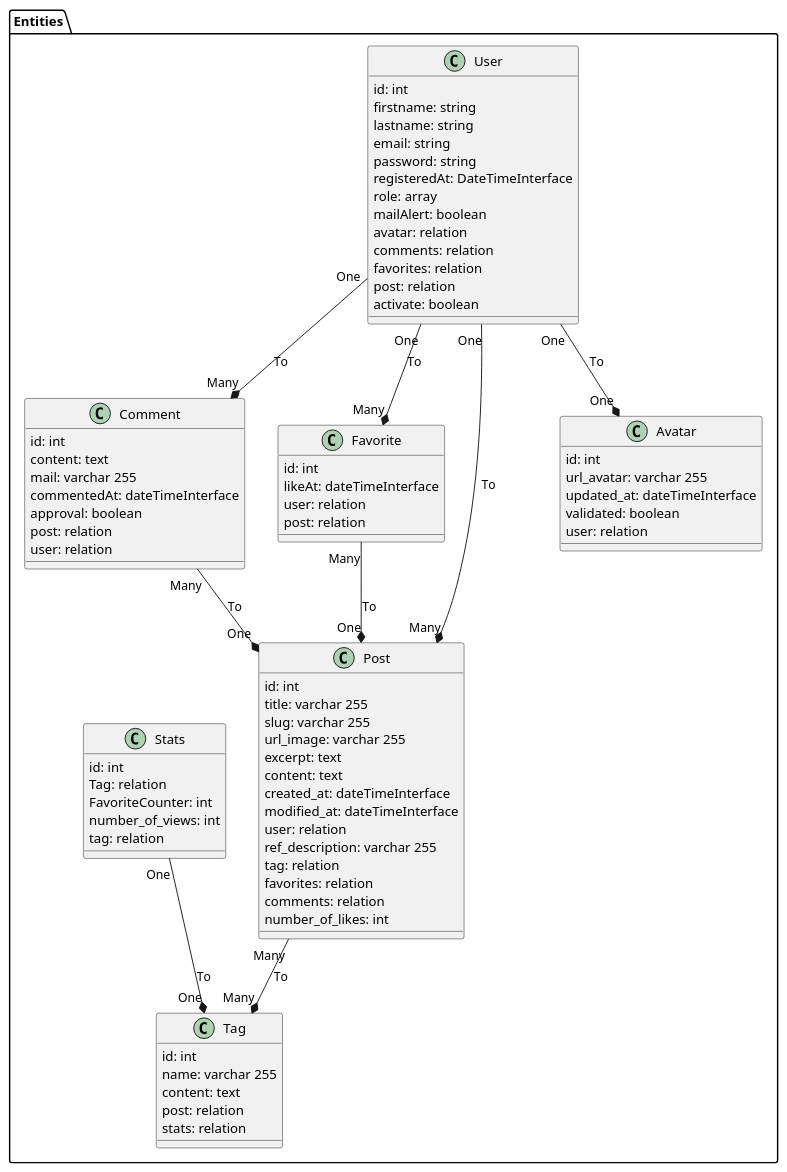
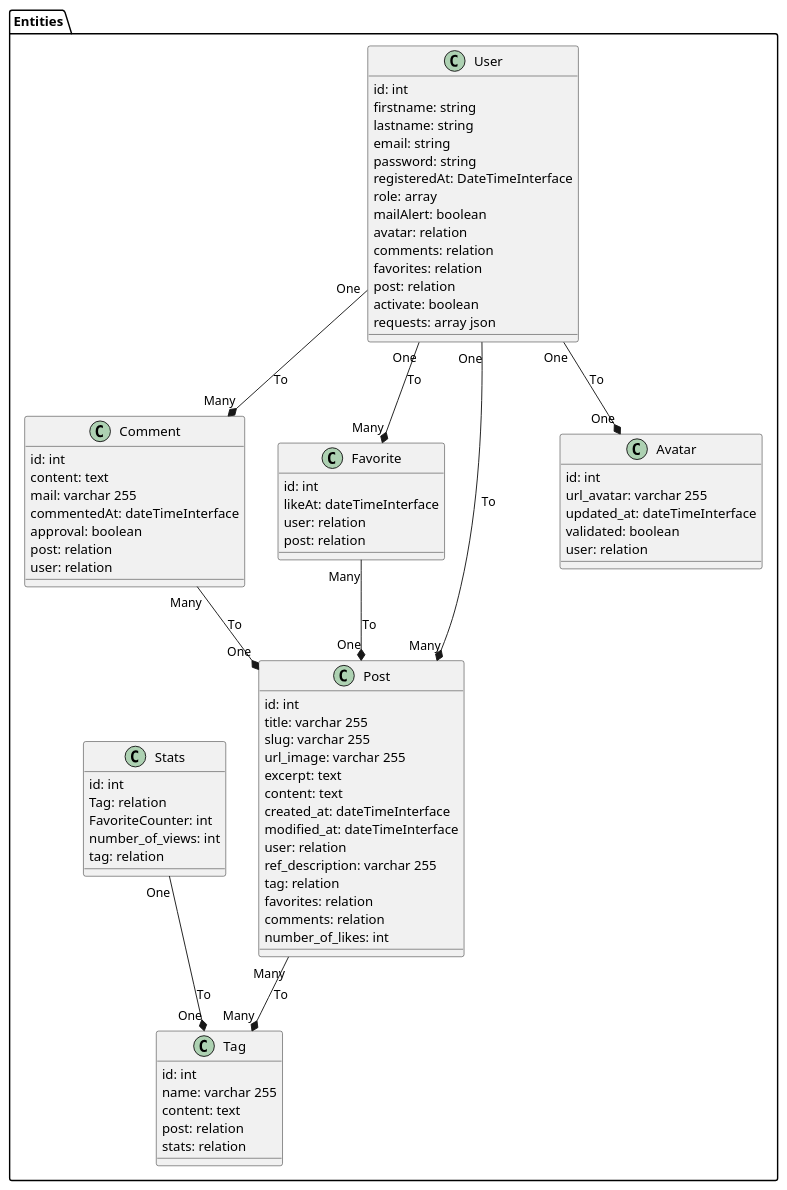
The diagram in docs/uml/bdd/entities-diagram.puml (SylvainGUERRIN/front2back), drawn with PlantUML before and after one commit. The commit also changed 3 other files, not shown here.

```diff
--- a/docs/uml/bdd/entities-diagram.puml
+++ b/docs/uml/bdd/entities-diagram.puml
@@ -1,88 +1,89 @@
 @startuml
 package "Entities" #FFF {
     class User {
         {field} id: int
         {field} firstname: string
         {field} lastname: string
         {field} email: string
         {field} password: string
         {field} registeredAt: DateTimeInterface
         {field} role: array
         {field} mailAlert: boolean
         {field} avatar: relation
         {field} comments: relation
         {field} favorites: relation
         {field} post: relation
         {field} activate: boolean
+        {field} requests: array json
     }
 
     class Comment {
         {field} id: int
         {field} content: text
         {field} mail: varchar 255
         {field} commentedAt: dateTimeInterface
         {field} approval: boolean
         {field} post: relation
         {field} user: relation
     }
 
     class Favorite {
         {field} id: int
         {field} likeAt: dateTimeInterface
         {field} user: relation
         {field} post: relation
     }
 
     class Post {
         {field} id: int
         {field} title: varchar 255
         {field} slug: varchar 255
         {field} url_image: varchar 255
         {field} excerpt: text
         {field} content: text
         {field} created_at: dateTimeInterface
         {field} modified_at: dateTimeInterface
         {field} user: relation
         {field} ref_description: varchar 255
         {field} tag: relation
         {field} favorites: relation
         {field} comments: relation
         {field} number_of_likes: int
     }
 
     class Tag {
         {field} id: int
         {field} name: varchar 255
         {field} content: text
         {field} post: relation
         {field} stats: relation
     }
 
     class Stats {
         {field} id: int
         {field} Tag: relation
         {field} FavoriteCounter: int
         {field} number_of_views: int
         {field} tag: relation
     }
 
     class Avatar {
         {field} id: int
         {field} url_avatar: varchar 255
         {field} updated_at: dateTimeInterface
         {field} validated: boolean
         {field} user: relation
     }
 
     User "One" --* "Many" Post : To
     User "One" --* "Many" Comment : To
     User "One" --* "Many" Favorite : To
     User "One" --* "One" Avatar : To
 
     Favorite "Many" --* "One" Post : To
     Stats "One" --* "One" Tag : To
     Post "Many" --* "Many" Tag : To
 
     Comment "Many" --* "One" Post : To
 }
 @enduml
```
